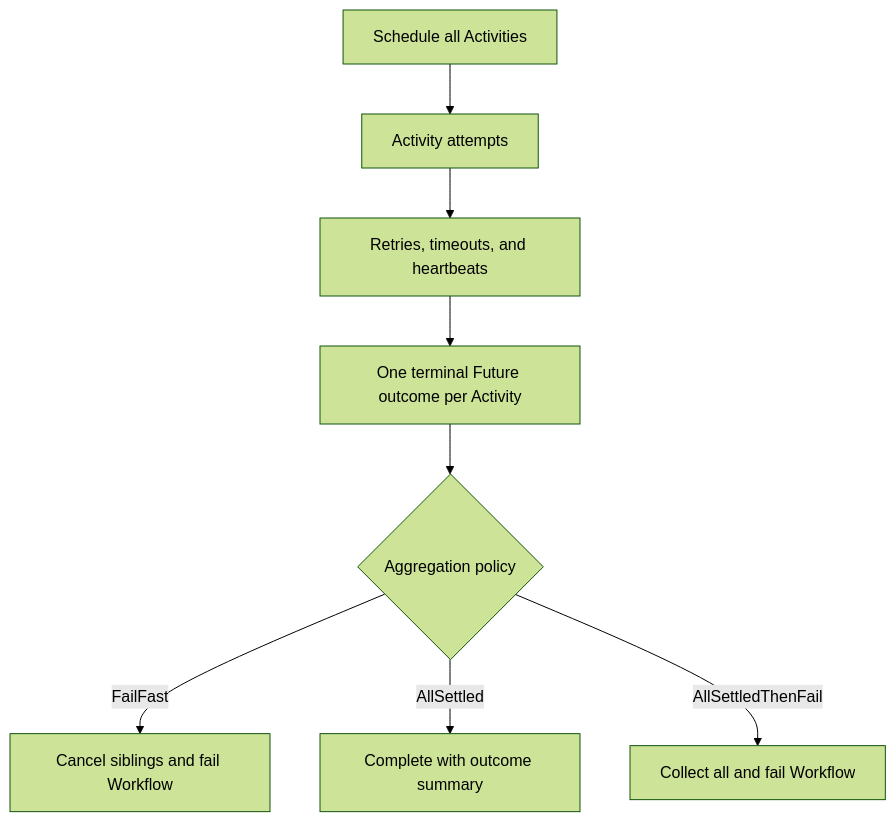
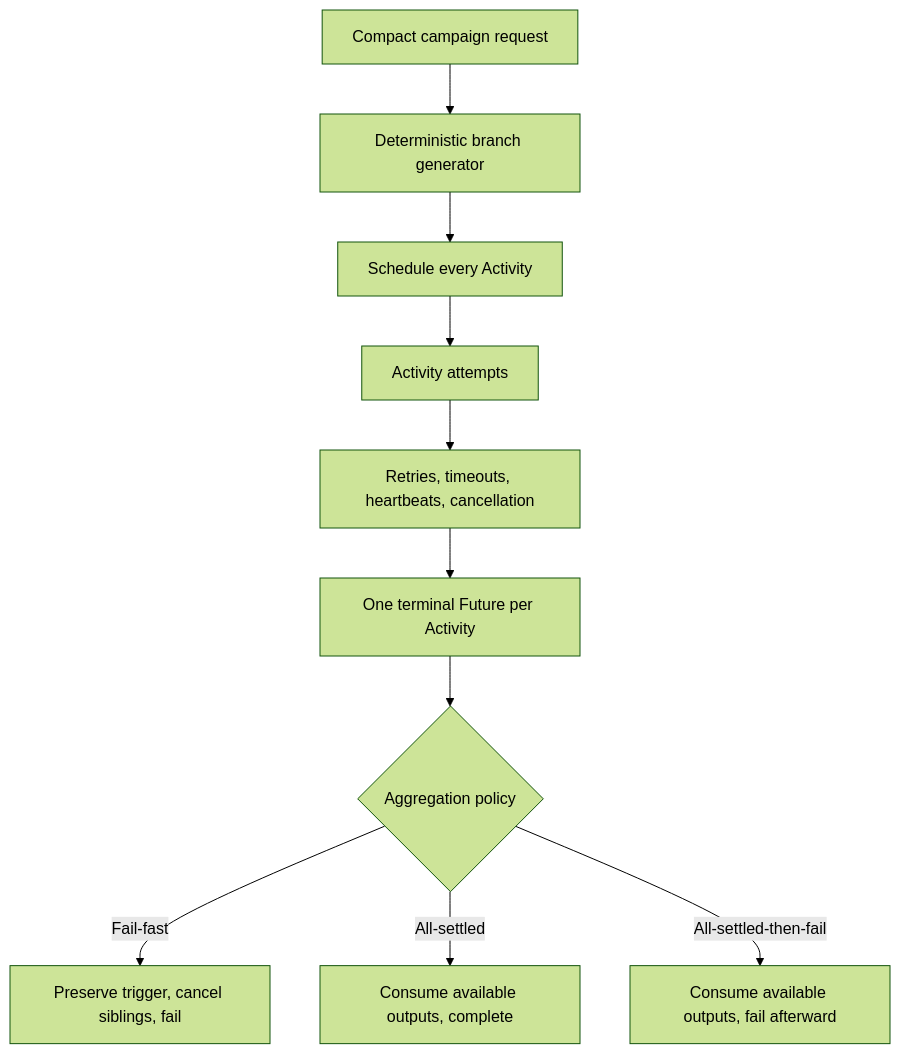
One commit to Abhi-Gautam/orchestration changed the diagram in docs/topics/fan-out-failure-policies.md. Above: the diagram before and after it, drawn with Mermaid (forest theme). The commit also changed other lines of this file, not shown here.

Commit message:
Define thousand-activity fan-out experiment

````diff
--- a/docs/topics/fan-out-failure-policies.md
+++ b/docs/topics/fan-out-failure-policies.md
@@ -15,10 +17,12 @@
 ```mermaid
 flowchart TD
-    A[Schedule all Activities] --> B[Activity attempts]
-    B --> C[Retries, timeouts, and heartbeats]
-    C --> D[One terminal Future outcome per Activity]
-    D --> E{Aggregation policy}
-    E -->|FailFast| F[Cancel siblings and fail Workflow]
-    E -->|AllSettled| G[Complete with outcome summary]
-    E -->|AllSettledThenFail| H[Collect all and fail Workflow]
+    A[Compact campaign request] --> B[Deterministic branch generator]
+    B --> C[Schedule every Activity]
+    C --> D[Activity attempts]
+    D --> E[Retries, timeouts, heartbeats, cancellation]
+    E --> F[One terminal Future per Activity]
+    F --> G{Aggregation policy}
+    G -->|Fail-fast| H[Preserve trigger, cancel siblings, fail]
+    G -->|All-settled| I[Consume available outputs, complete]
+    G -->|All-settled-then-fail| J[Consume available outputs, fail afterward]
 ```
````
